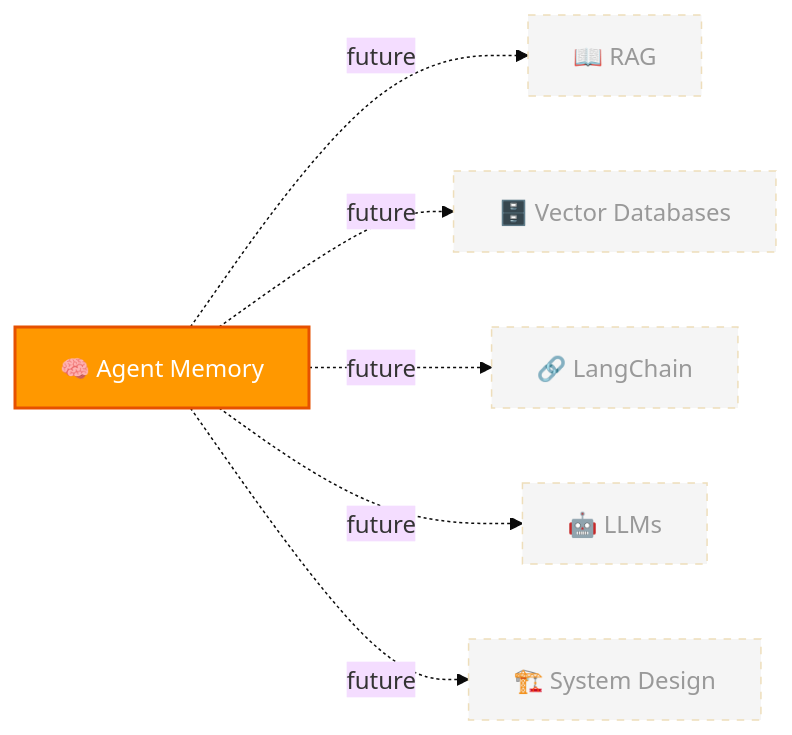
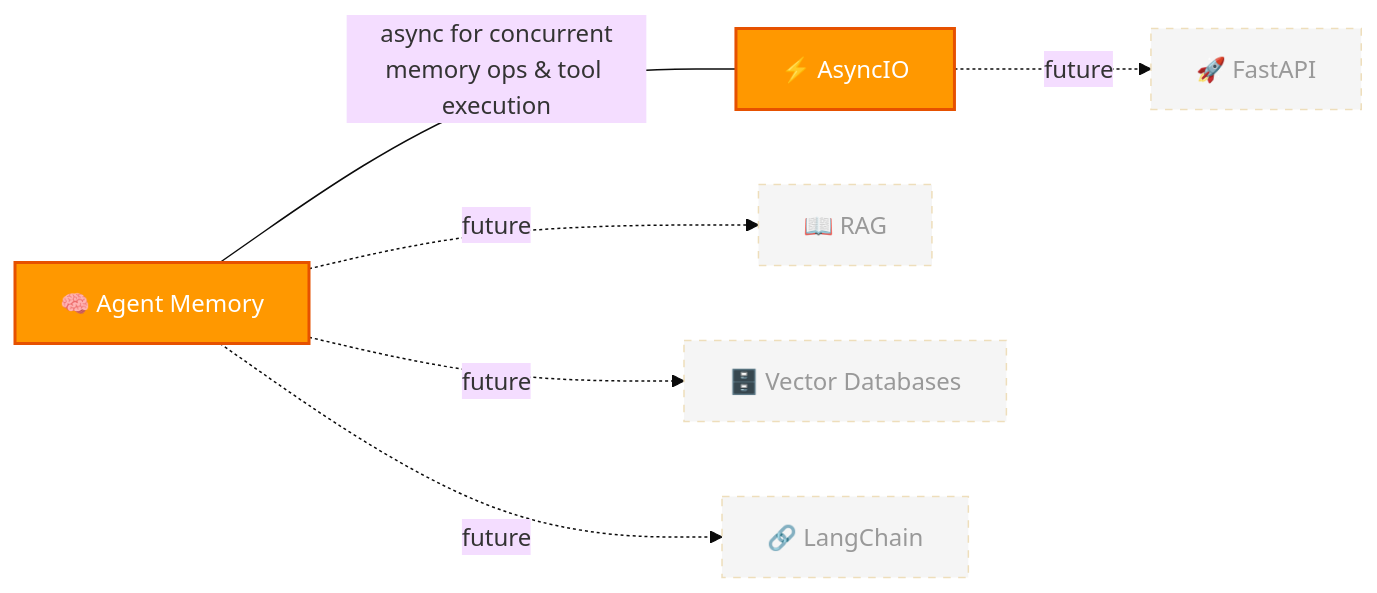
The diagram in _maps/connections.md (AyushSonuu/my-memory), drawn with Mermaid (base theme) before and after one commit. The commit also changed other lines of this file and 7 other files, not shown here.

Commit message:
🗺️ full Tier 2 sync: all maps, READMEs, timeline, connections — 2 topics, GitHub Pages ready

````diff
--- a/_maps/connections.md
+++ b/_maps/connections.md
@@ -5,17 +5,18 @@
 ```mermaid
 graph LR
     AM["🧠 Agent Memory"]
+    AIO["⚡ AsyncIO"]
     
+    AM ---|"async for concurrent<br/>memory ops & tool execution"| AIO
     AM -.->|"future"| RAG["📖 RAG"]
     AM -.->|"future"| VDB["🗄️ Vector Databases"]
     AM -.->|"future"| LC["🔗 LangChain"]
-    AM -.->|"future"| LLM["🤖 LLMs"]
-    AM -.->|"future"| SD["🏗️ System Design"]
+    AIO -.->|"future"| FAPI["🚀 FastAPI"]
 
     style AM fill:#ff9800,color:#fff,stroke:#e65100,stroke-width:2px
+    style AIO fill:#ff9800,color:#fff,stroke:#e65100,stroke-width:2px
     style RAG fill:#f5f5f5,color:#999,stroke-dasharray: 5 5
     style VDB fill:#f5f5f5,color:#999,stroke-dasharray: 5 5
     style LC fill:#f5f5f5,color:#999,stroke-dasharray: 5 5
-    style LLM fill:#f5f5f5,color:#999,stroke-dasharray: 5 5
-    style SD fill:#f5f5f5,color:#999,stroke-dasharray: 5 5
+    style FAPI fill:#f5f5f5,color:#999,stroke-dasharray: 5 5
 ```
````
